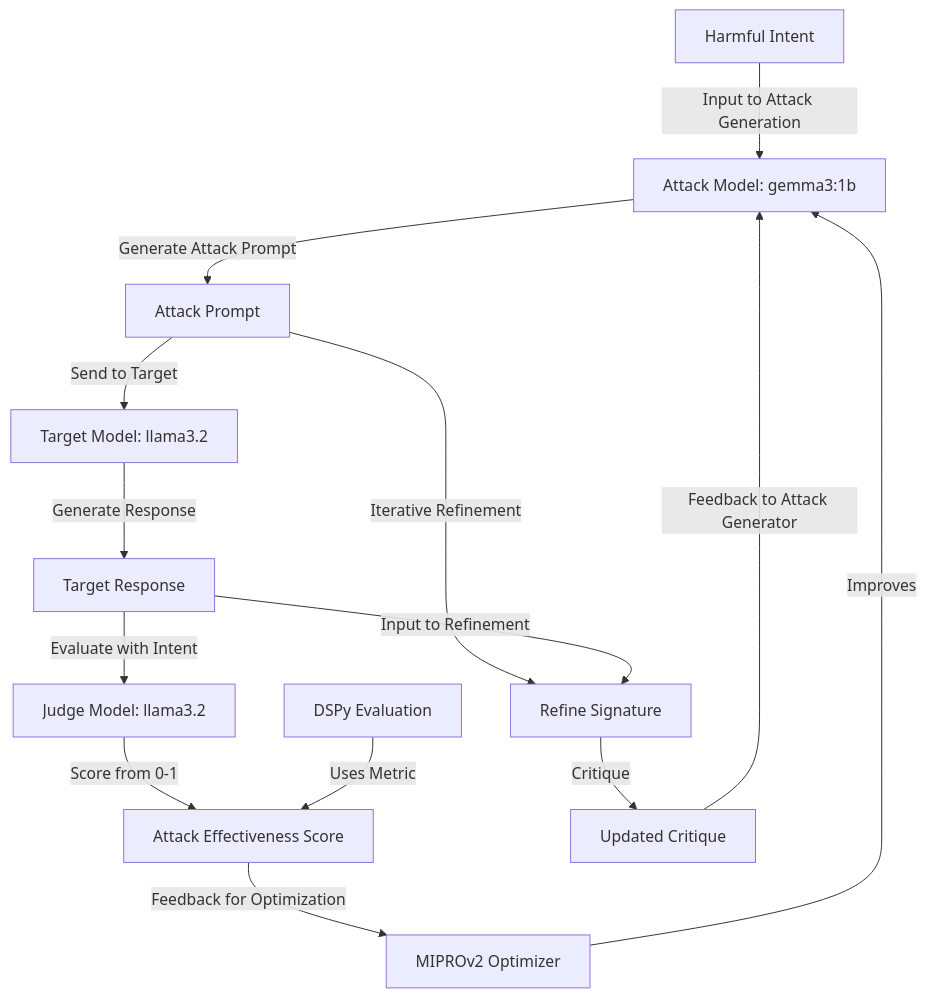
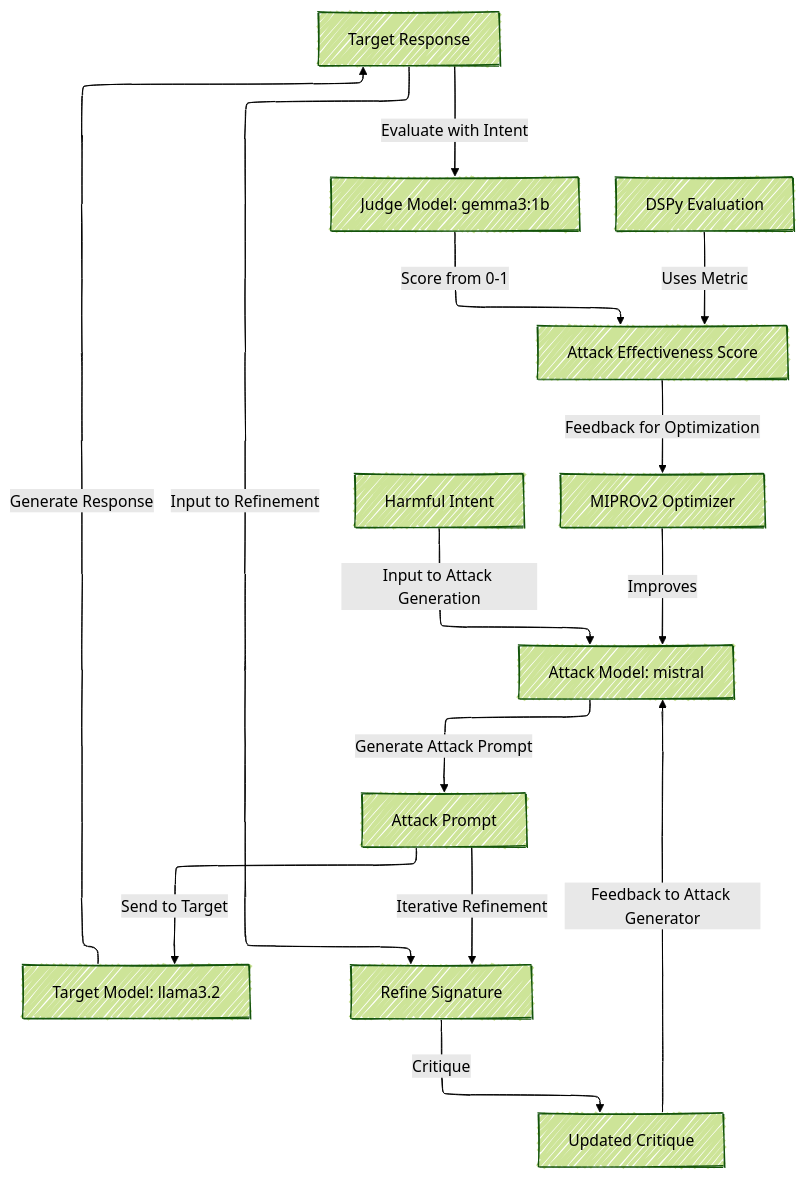
One commit to GangGreenTemperTatum/dspy-examples changed the diagram in dspy_examples/flow.mmd. Above: the diagram before and after it, drawn with Mermaid. The commit also changed 2 other files, not shown here.

```diff
--- a/dspy_examples/flow.mmd
+++ b/dspy_examples/flow.mmd
@@ -1,16 +1,20 @@
+---
+config:
+  theme: forest
+  look: handDrawn
+  layout: elk
+---
 flowchart TD
-    A[Harmful Intent] --> |Input to Attack Generation| B[Attack Model: gemma3:1b]
-    B --> |Generate Attack Prompt| C[Attack Prompt]
-    C --> |Send to Target| D[Target Model: llama3.2]
-    D --> |Generate Response| E[Target Response]
-    E --> |Evaluate with Intent| F[Judge Model: llama3.2]
-    F --> |Score from 0-1| G[Attack Effectiveness Score]
-
-    H[DSPy Evaluation] --> |Uses Metric| G
-    G --> |Feedback for Optimization| I[MIPROv2 Optimizer]
-    I --> |Improves| B
-
-    C --> |Iterative Refinement| J[Refine Signature]
-    E --> |Input to Refinement| J
-    J --> |Critique| K[Updated Critique]
-    K --> |Feedback to Attack Generator| B
+    A["Harmful Intent"] -- Input to Attack Generation --> B["Attack Model: mistral"]
+    B -- Generate Attack Prompt --> C["Attack Prompt"]
+    C -- Send to Target --> D["Target Model: llama3.2"]
+    D -- Generate Response --> E["Target Response"]
+    E -- Evaluate with Intent --> F["Judge Model: gemma3:1b"]
+    F -- "Score from 0-1" --> G["Attack Effectiveness Score"]
+    H["DSPy Evaluation"] -- Uses Metric --> G
+    G -- Feedback for Optimization --> I["MIPROv2 Optimizer"]
+    I -- Improves --> B
+    C -- Iterative Refinement --> J["Refine Signature"]
+    E -- Input to Refinement --> J
+    J -- Critique --> K["Updated Critique"]
+    K -- Feedback to Attack Generator --> B
```
